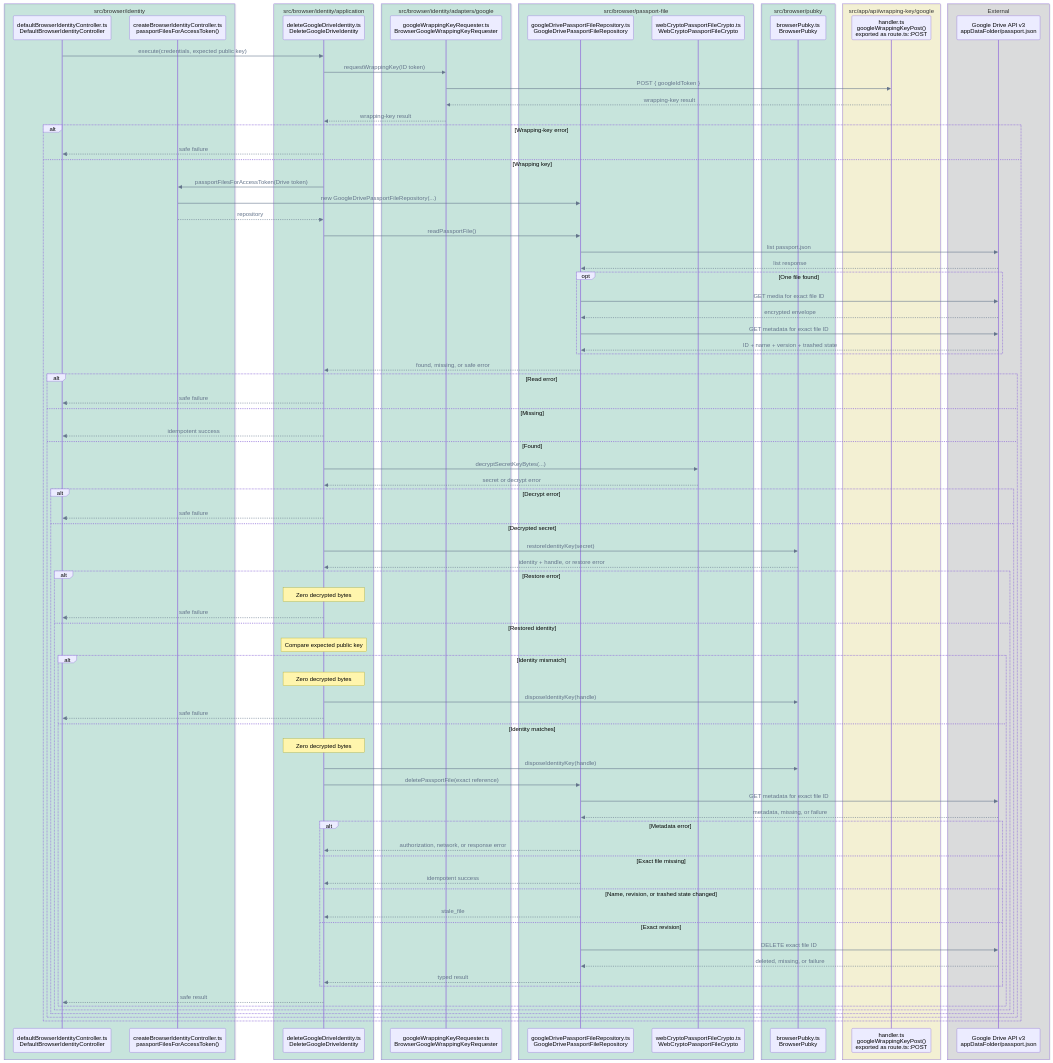
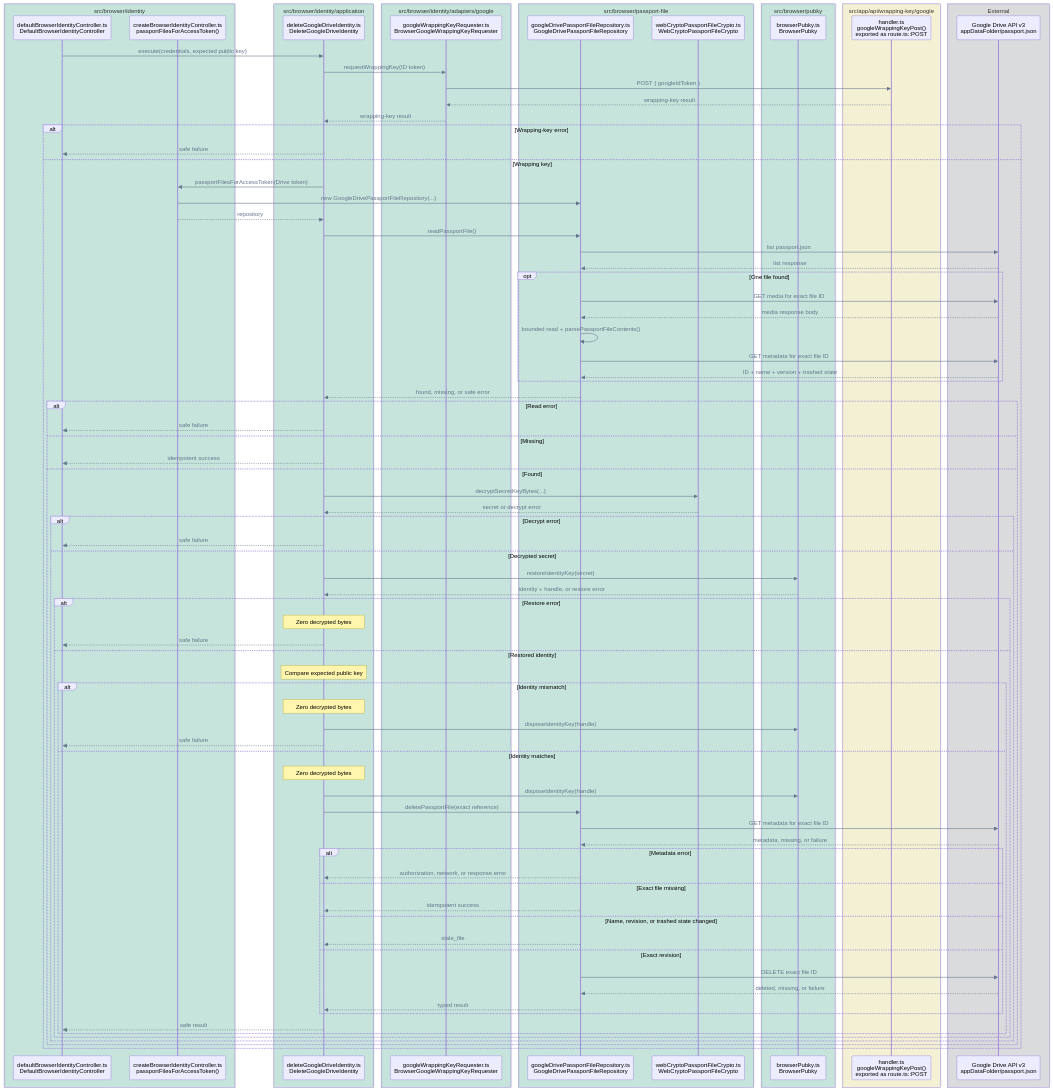
Diagram 12 of 14 in FLOWS.md (pubky/pubky-passport), drawn with Mermaid before and after one commit. The commit also changed other lines of this file, not shown here.

Commit message:
docs: align runtime flows with implementation

```diff
--- a/FLOWS.md
+++ b/FLOWS.md
@@ -643,7 +669,8 @@
         Drive-->>DriveRepo: list response
         opt One file found
             DriveRepo->>Drive: GET media for exact file ID
-            Drive-->>DriveRepo: encrypted envelope
+            Drive-->>DriveRepo: media response body
+            DriveRepo->>DriveRepo: bounded read + parsePassportFileContents()
             DriveRepo->>Drive: GET metadata for exact file ID
             Drive-->>DriveRepo: ID + name + version + trashed state
         end
```
